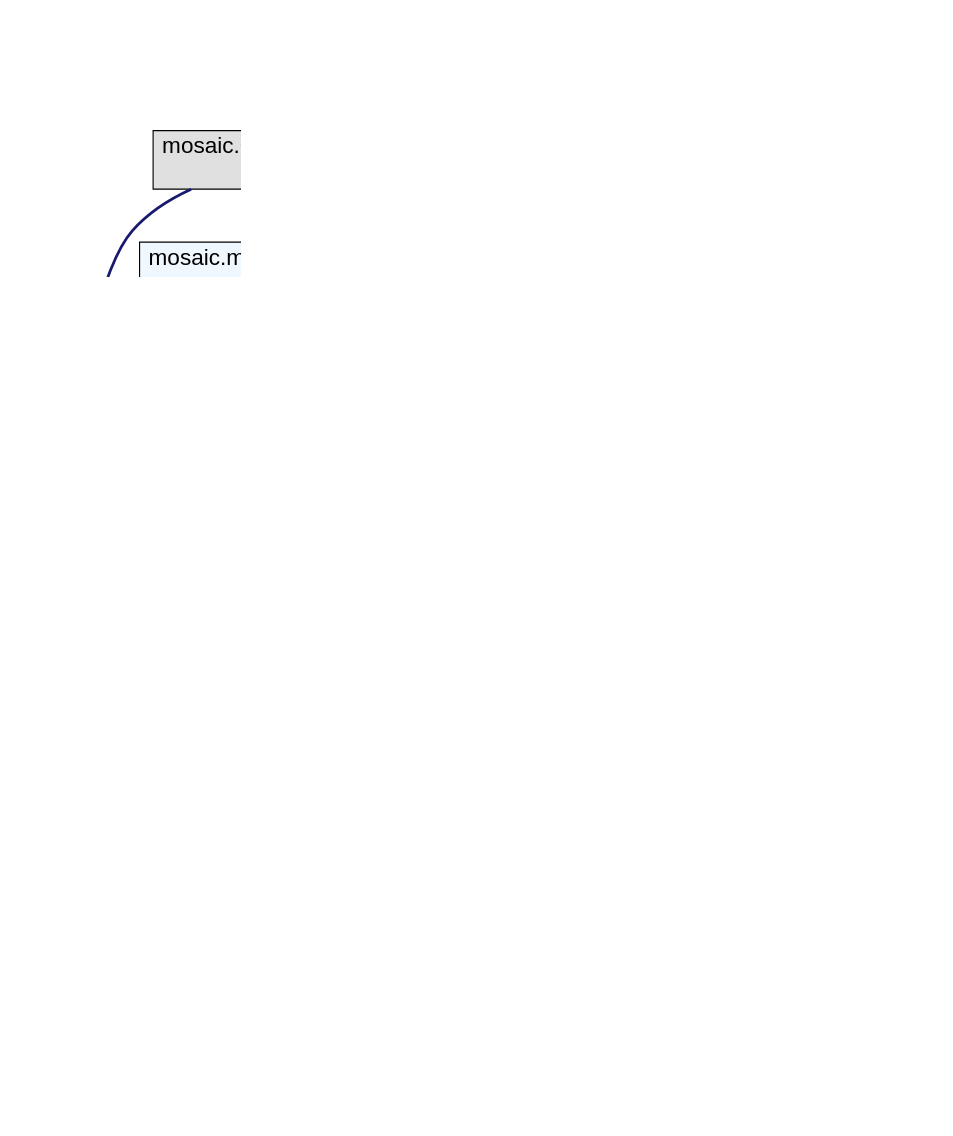
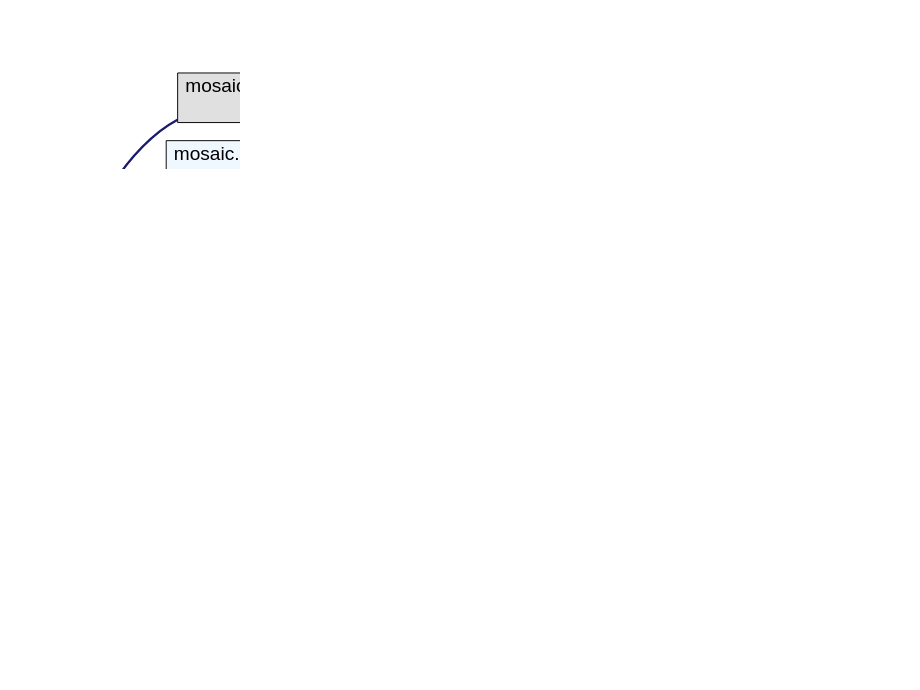
The diagram in source/doc/inherit_graph_latex.dot (usnistgov/mosaic), drawn with Graphviz before and after one commit. The commit also changed 1 other file, not shown here.

Commit message:
Updated inheritance graphs in API documentation.

```diff
--- a/source/doc/inherit_graph_latex.dot
+++ b/source/doc/inherit_graph_latex.dot
@@ -1,48 +1,48 @@
 digraph "Graphical Class Hierarchy"
 {
   graph [ dpi = 300 ];
-  size="5,5.75";
+  size="5,3.5";
   ratio="fill";
   edge [fontname="Helvetica",fontsize="20",labelfontname="Helvetica",labelfontsize="20"];
   node [fontname="Helvetica",fontsize="20",shape=record];
   rankdir="LR";
   Node1 [label="object",height=0.2,width=0.4,color="grey75", fillcolor="white", style="filled"];
   Node1 -> Node2 [dir="back", width=1.0, penwidth=2.5,color="midnightblue",fontsize="20",style="solid",fontname="Helvetica"];
   Node2 [label="mosaic.ConvertToCSV.Convert\lToCSV",height=0.2,width=0.4,color="black", fillcolor="grey88", style="filled"];
   Node1 -> Node3 [dir="back", width=1.0, penwidth=2.5,color="midnightblue",fontsize="20",style="solid",fontname="Helvetica"];
   Node3 [label="mosaic.metaEventPartition.meta\lEventPartition",height=0.2,width=0.4,color="black", fillcolor="aliceblue", style="filled"];
   Node3 -> Node4 [dir="back", width=1.0, penwidth=2.5,color="midnightblue",fontsize="20",style="solid",fontname="Helvetica"];
   Node4 [label="mosaic.eventSegment.event\lSegment",height=0.2,width=0.4,color="black", fillcolor="white", style="filled"];
   Node1 -> Node5 [dir="back", width=1.0, penwidth=2.5,color="midnightblue",fontsize="20",style="solid",fontname="Helvetica"];
   Node5 [label="mosaic.metaEventProcessor.meta\lEventProcessor",height=0.2,width=0.4,color="black", fillcolor="aliceblue", style="filled"];
   Node5 -> Node6 [dir="back", width=1.0, penwidth=2.5,color="midnightblue",fontsize="20",style="solid",fontname="Helvetica"];
   Node6 [label="mosaic.multiStateAnalysis.multi\lStateAnalysis",height=0.2,width=0.4,color="black", fillcolor="white", style="filled"];
   Node5 -> Node7 [dir="back", width=1.0, penwidth=2.5,color="midnightblue",fontsize="20",style="solid",fontname="Helvetica"];
-  Node7 [label="mosaic.singleStepEvent.single\lStepEvent",height=0.2,width=0.4,color="black", fillcolor="white", style="filled"];
+  Node7 [label="mosaic.cusumLevelAnalysis.cusum\lLevelAnalysis",height=0.2,width=0.4,color="black", fillcolor="white", style="filled"];
   Node5 -> Node8 [dir="back", width=1.0, penwidth=2.5,color="midnightblue",fontsize="20",style="solid",fontname="Helvetica"];
   Node8 [label="mosaic.stepResponseAnalysis.step\lResponseAnalysis",height=0.2,width=0.4,color="black", fillcolor="white", style="filled"];
   Node1 -> Node9 [dir="back", width=1.0, penwidth=2.5,color="midnightblue",fontsize="20",style="solid",fontname="Helvetica"];
   Node9 [label="mosaic.metaIOFilter.meta\lIOFilter",height=0.2,width=0.4,color="black", fillcolor="aliceblue", style="filled"];
   Node9 -> Node10 [dir="back", width=1.0, penwidth=2.5,color="midnightblue",fontsize="20",style="solid",fontname="Helvetica"];
   Node10 [label="mosaic.besselLowpassFilter.bessel\lLowpassFilter",height=0.2,width=0.4,color="black", fillcolor="white", style="filled"];
   Node9 -> Node11 [dir="back", width=1.0, penwidth=2.5,color="midnightblue",fontsize="20",style="solid",fontname="Helvetica"];
   Node11 [label="mosaic.convolutionFilter.convolution\lFilter",height=0.2,width=0.4,color="black", fillcolor="white", style="filled"];
   Node9 -> Node12 [dir="back", width=1.0, penwidth=2.5,color="midnightblue",fontsize="20",style="solid",fontname="Helvetica"];
   Node12 [label="mosaic.waveletDenoiseFilter.wavelet\lDenoiseFilter",height=0.2,width=0.4,color="black", fillcolor="white", style="filled"];
   Node1 -> Node13 [dir="back", width=1.0, penwidth=2.5,color="midnightblue",fontsize="20",style="solid",fontname="Helvetica"];
   Node13 [label="mosaic.metaMDIO.metaMDIO",height=0.2,width=0.4,color="black", fillcolor="aliceblue", style="filled"];
   Node13 -> Node14 [dir="back", width=1.0, penwidth=2.5,color="midnightblue",fontsize="20",style="solid",fontname="Helvetica"];
   Node14 [label="mosaic.sqlite3MDIO.sqlite3MDIO",height=0.2,width=0.4,color="black", fillcolor="white", style="filled"];
   Node1 -> Node15 [dir="back", width=1.0, penwidth=2.5,color="midnightblue",fontsize="20",style="solid",fontname="Helvetica"];
   Node15 [label="mosaic.metaTrajIO.metaTrajIO",height=0.2,width=0.4,color="black", fillcolor="aliceblue", style="filled"];
   Node15 -> Node16 [dir="back", width=1.0, penwidth=2.5,color="midnightblue",fontsize="20",style="solid",fontname="Helvetica"];
   Node16 [label="mosaic.abfTrajIO.abfTrajIO",height=0.2,width=0.4,color="black", fillcolor="white", style="filled"];
   Node15 -> Node17 [dir="back", width=1.0, penwidth=2.5,color="midnightblue",fontsize="20",style="solid",fontname="Helvetica"];
   Node17 [label="mosaic.binTrajIO.binTrajIO",height=0.2,width=0.4,color="black", fillcolor="white", style="filled"];
   Node15 -> Node18 [dir="back", width=1.0, penwidth=2.5,color="midnightblue",fontsize="20",style="solid",fontname="Helvetica"];
   Node18 [label="mosaic.qdfTrajIO.qdfTrajIO",height=0.2,width=0.4,color="black", fillcolor="white", style="filled"];
   Node15 -> Node19 [dir="back", width=1.0, penwidth=2.5,color="midnightblue",fontsize="20",style="solid",fontname="Helvetica"];
   Node19 [label="mosaic.tsvTrajIO.tsvTrajIO",height=0.2,width=0.4,color="black", fillcolor="white", style="filled"];
   Node1 -> Node20 [dir="back", width=1.0, penwidth=2.5,color="midnightblue",fontsize="20",style="solid",fontname="Helvetica"];
   Node20 [label="mosaic.SingleChannelAnalysis.\lSingleChannelAnalysis",height=0.2,width=0.4,color="black", fillcolor="grey88", style="filled"];
 }
```
